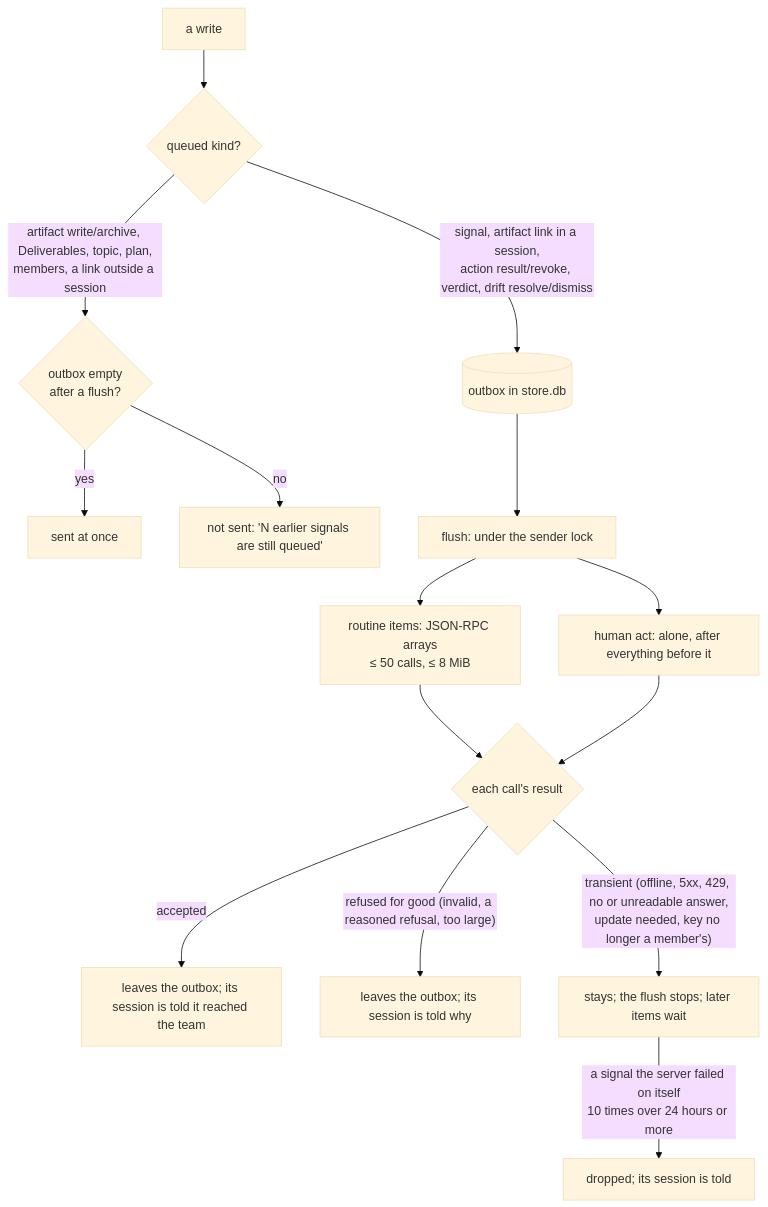
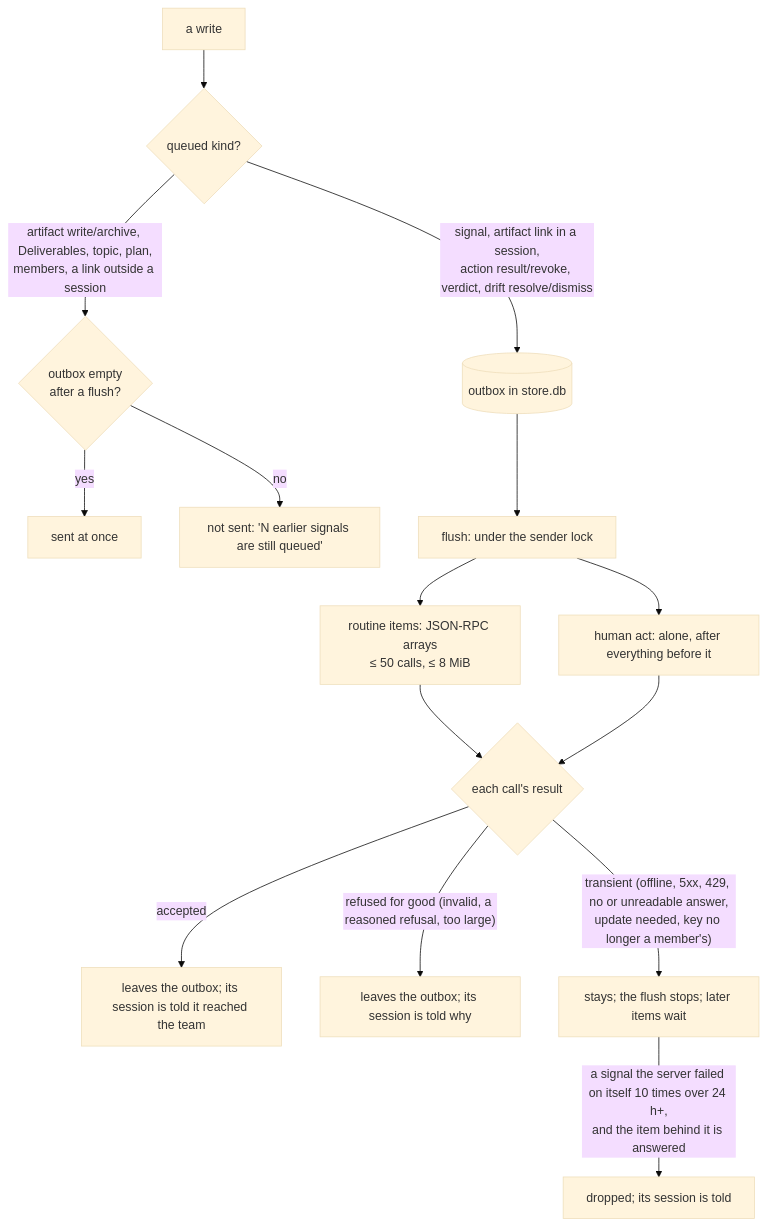
One commit to vutran1710/teamflow-cli changed the second of 2 diagrams in README.md. Above: the diagram before and after it, drawn with Mermaid (base theme). The commit also changed other lines of this file, not shown here.

First line of the commit message:
README: a stuck signal is dropped only when the item behind it is answered

````diff
--- a/README.md
+++ b/README.md
@@ -194,17 +194,17 @@
 ```mermaid
 flowchart TD
     W[a write] --> Q{queued kind?}
     Q -- "signal, artifact link in a session,<br/>action result/revoke, verdict, drift resolve/dismiss" --> OB[(outbox in store.db)]
     Q -- "artifact write/archive, Deliverables, topic, plan,<br/>members, a link outside a session" --> G{outbox empty<br/>after a flush?}
     G -- yes --> SEND[sent at once]
     G -- no --> NS[not sent: 'N earlier signals are still queued']
     OB --> F[flush: under the sender lock]
     F --> B[routine items: JSON-RPC arrays<br/>≤ 50 calls, ≤ 8 MiB]
     F --> H[human act: alone, after everything before it]
     B --> R{each call's result}
     H --> R
     R -- accepted --> D[leaves the outbox; its session is told it reached the team]
     R -- "refused for good (invalid, a reasoned refusal, too large)" --> X[leaves the outbox; its session is told why]
     R -- "transient (offline, 5xx, 429, no or unreadable answer,<br/>update needed, key no longer a member's)" --> STOP[stays; the flush stops; later items wait]
-    STOP -- "a signal the server failed on itself<br/>10 times over 24 hours or more" --> GU[dropped; its session is told]
+    STOP -- "a signal the server failed on itself 10 times over 24 h+,<br/>and the item behind it is answered" --> GU[dropped; its session is told]
 ```
````
